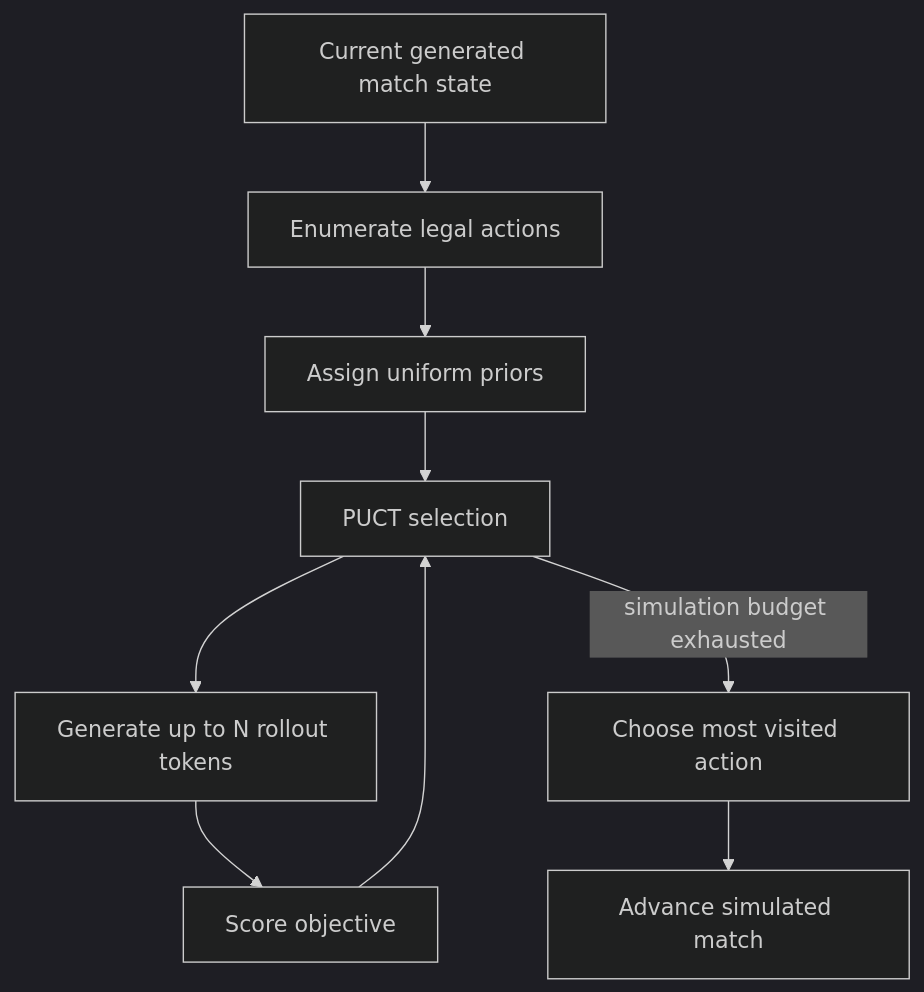
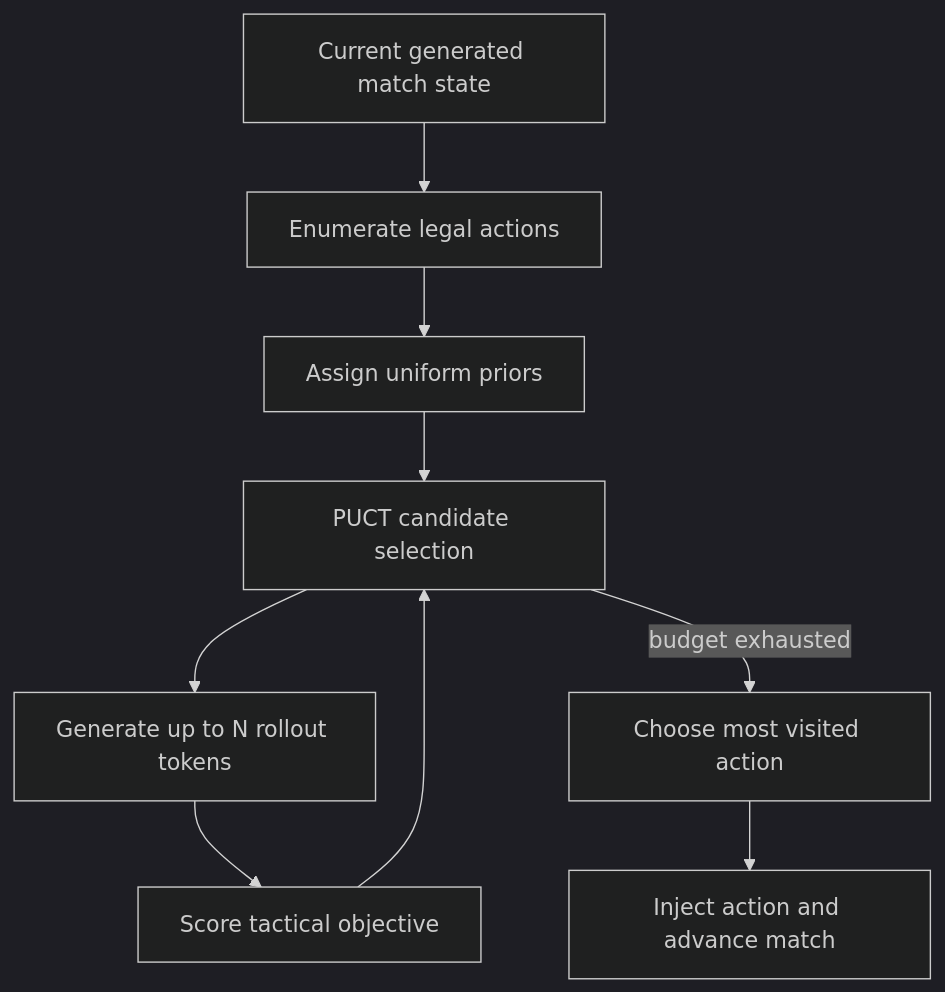
The second of 3 diagrams in docs/ARCHITECTURE.md (peterelias75/ffm-tactical-mcts-repro), drawn with Mermaid (dark theme) before and after one commit. The commit also changed other lines of this file, not shown here.

Commit message:
Expand architecture and design rationale

````diff
--- a/docs/ARCHITECTURE.md
+++ b/docs/ARCHITECTURE.md
@@ -27,11 +31,11 @@
 ```mermaid
 flowchart TD
     S[Current generated match state] --> L[Enumerate legal actions]
     L --> P[Assign uniform priors]
-    P --> U[PUCT selection]
+    P --> U[PUCT candidate selection]
     U --> R[Generate up to N rollout tokens]
-    R --> V[Score objective]
+    R --> V[Score tactical objective]
     V --> U
-    U -->|simulation budget exhausted| C[Choose most visited action]
-    C --> A[Advance simulated match]
+    U -->|budget exhausted| C[Choose most visited action]
+    C --> A[Inject action and advance match]
 ```
````
